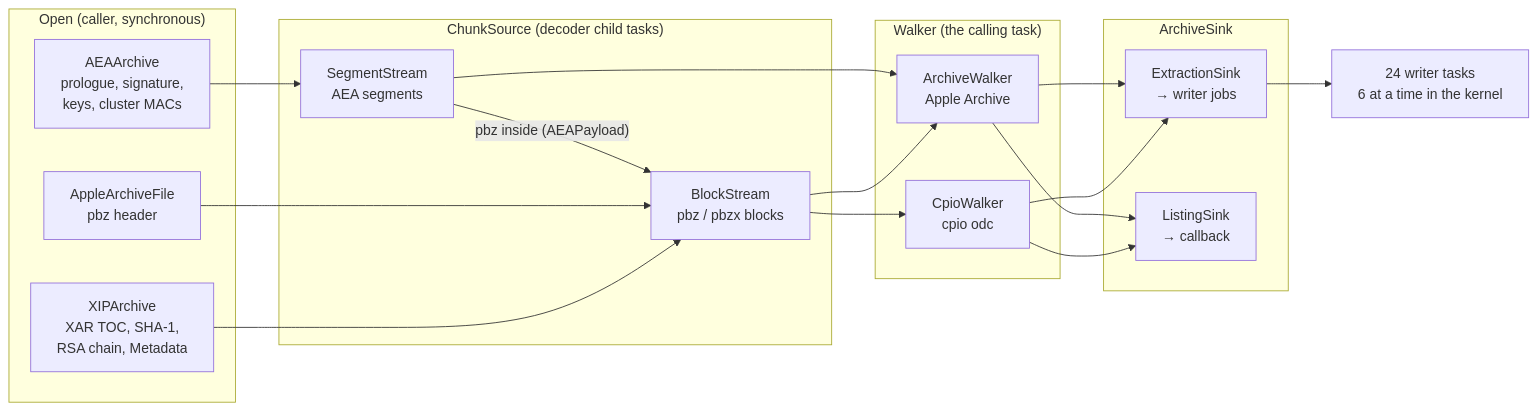
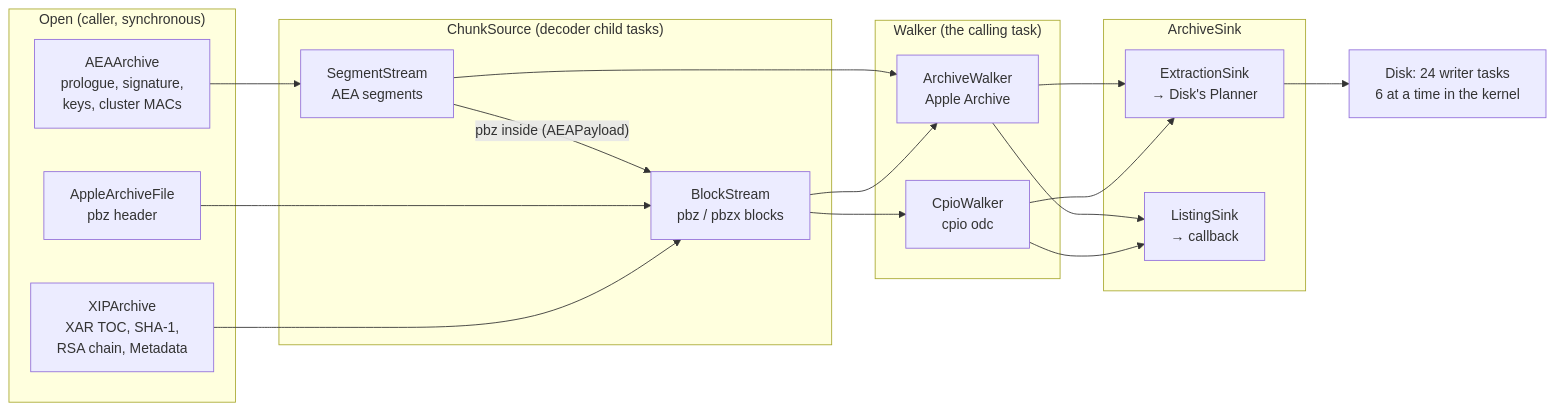
The first of 5 diagrams in NativeAEA/ARCHITECTURE.md (jshier/Experiments), drawn with Mermaid before and after one commit. The commit also changed other lines of this file and 194 other files, not shown here.

````diff
--- a/NativeAEA/ARCHITECTURE.md
+++ b/NativeAEA/ARCHITECTURE.md
@@ -63,30 +65,30 @@
 ```mermaid
 flowchart LR
     subgraph Open["Open (caller, synchronous)"]
         AEA["AEAArchive<br/>prologue, signature,<br/>keys, cluster MACs"]
         AAR["AppleArchiveFile<br/>pbz header"]
         XIP["XIPArchive<br/>XAR TOC, SHA-1,<br/>RSA chain, Metadata"]
     end
     subgraph Source["ChunkSource (decoder child tasks)"]
         SS["SegmentStream<br/>AEA segments"]
         BS["BlockStream<br/>pbz / pbzx blocks"]
     end
     subgraph Walk["Walker (the calling task)"]
         AW["ArchiveWalker<br/>Apple Archive"]
         CW["CpioWalker<br/>cpio odc"]
     end
     subgraph Sinks["ArchiveSink"]
-        ES["ExtractionSink<br/>→ writer jobs"]
+        ES["ExtractionSink<br/>→ Disk's Planner"]
         LS["ListingSink<br/>→ callback"]
     end
     AEA --> SS
     SS -->|"pbz inside (AEAPayload)"| BS
     AAR --> BS
     XIP --> BS
     SS --> AW
     BS --> AW
     BS --> CW
     AW --> ES & LS
     CW --> ES & LS
-    ES --> W["24 writer tasks<br/>6 at a time in the kernel"]
+    ES --> W["Disk: 24 writer tasks<br/>6 at a time in the kernel"]
 ```
````
